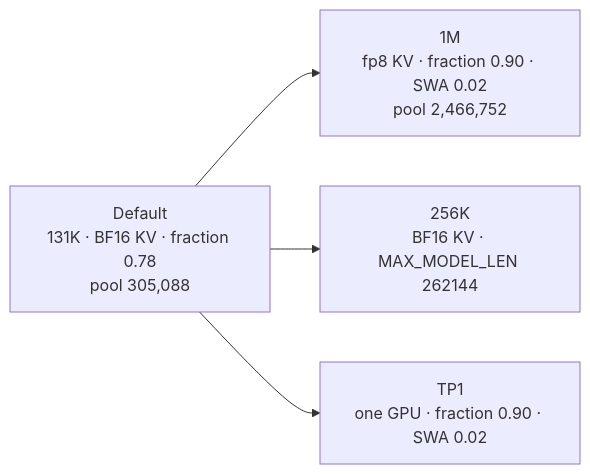
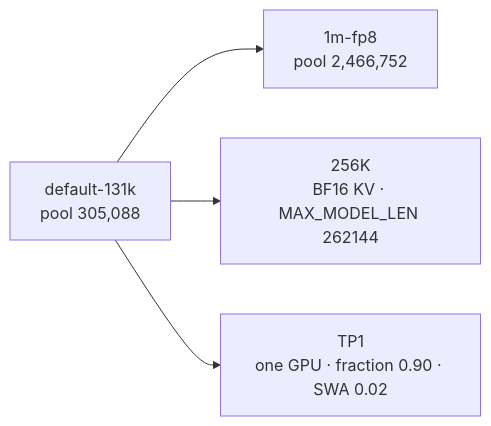
Before and after one commit to hfyeomans/ripple65b-nvfp4-2x-rtx6000pro: the diagram in README.md, drawn with Mermaid. The commit also changed other lines of this file and 1 other file, not shown here.

````diff
--- a/README.md
+++ b/README.md
@@ -34,6 +34,6 @@
 ```mermaid
 flowchart LR
-  A["Default<br/>131K · BF16 KV · fraction 0.78<br/>pool 305,088"] --> B["1M<br/>fp8 KV · fraction 0.90 · SWA 0.02<br/>pool 2,466,752"]
+  A["default-131k<br/>pool 305,088"] --> B["1m-fp8<br/>pool 2,466,752"]
   A --> C["256K<br/>BF16 KV · MAX_MODEL_LEN 262144"]
   A --> D["TP1<br/>one GPU · fraction 0.90 · SWA 0.02"]
 ```
````
